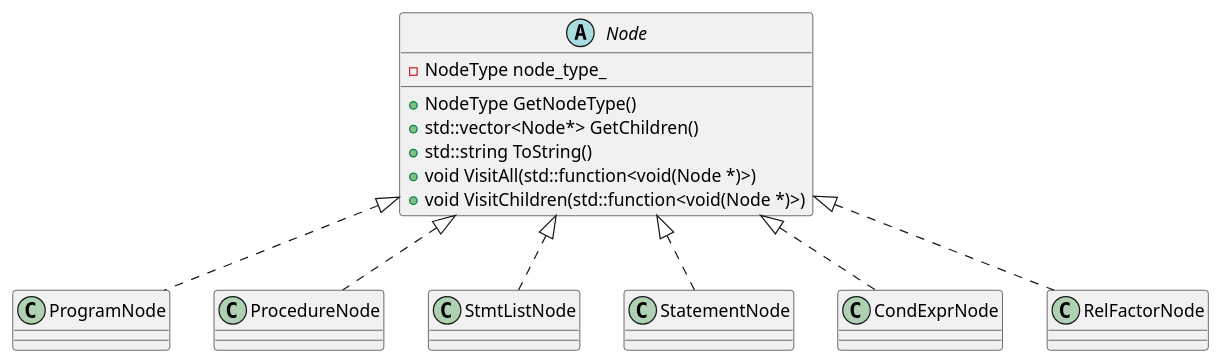
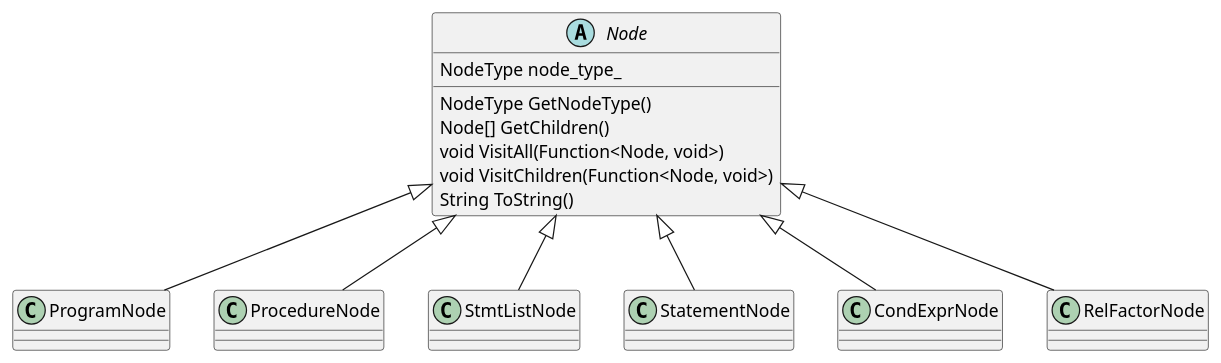
Before and after one commit to mazx4960/static-analyzer: the diagram in docs/diagrams/SPASTSimplifiedClassDiagram.puml, drawn with PlantUML. The commit also changed 48 other files, not shown here.

```diff
--- a/docs/diagrams/SPASTSimplifiedClassDiagram.puml
+++ b/docs/diagrams/SPASTSimplifiedClassDiagram.puml
@@ -1,27 +1,27 @@
 @startuml
 
 abstract class Node {
-    -NodeType node_type_
-    +NodeType GetNodeType()
-    +std::vector<Node*> GetChildren()
-    +std::string ToString()
-    +void VisitAll(std::function<void(Node *)>)
-    +void VisitChildren(std::function<void(Node *)>)
+    NodeType node_type_
+    NodeType GetNodeType()
+    Node[] GetChildren()
+    void VisitAll(Function<Node, void>)
+    void VisitChildren(Function<Node, void>)
+    String ToString()
 }
 
 class ProgramNode
 class ProcedureNode
 class StmtListNode
 class StatementNode
 class CondExprNode
 class RelFactorNode
 
 'base nodes
-ProgramNode .up.|> Node
-ProcedureNode .up.|> Node
-StmtListNode .up.|> Node
-StatementNode .up.|> Node
-CondExprNode .up.|> Node
-RelFactorNode .up.|> Node
+ProgramNode -up-|> Node
+ProcedureNode -up-|> Node
+StmtListNode -up-|> Node
+StatementNode -up-|> Node
+CondExprNode -up-|> Node
+RelFactorNode -up-|> Node
 
 @enduml
```
